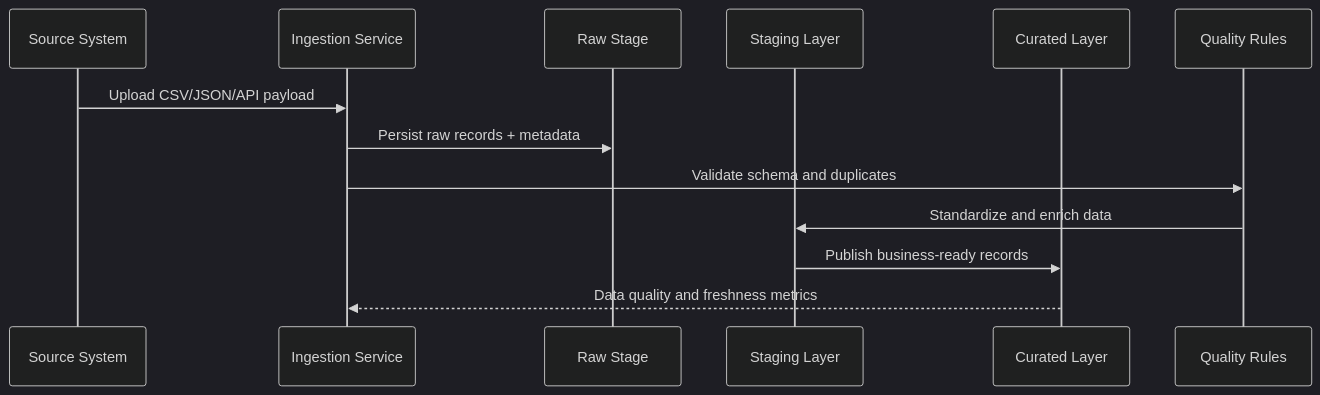
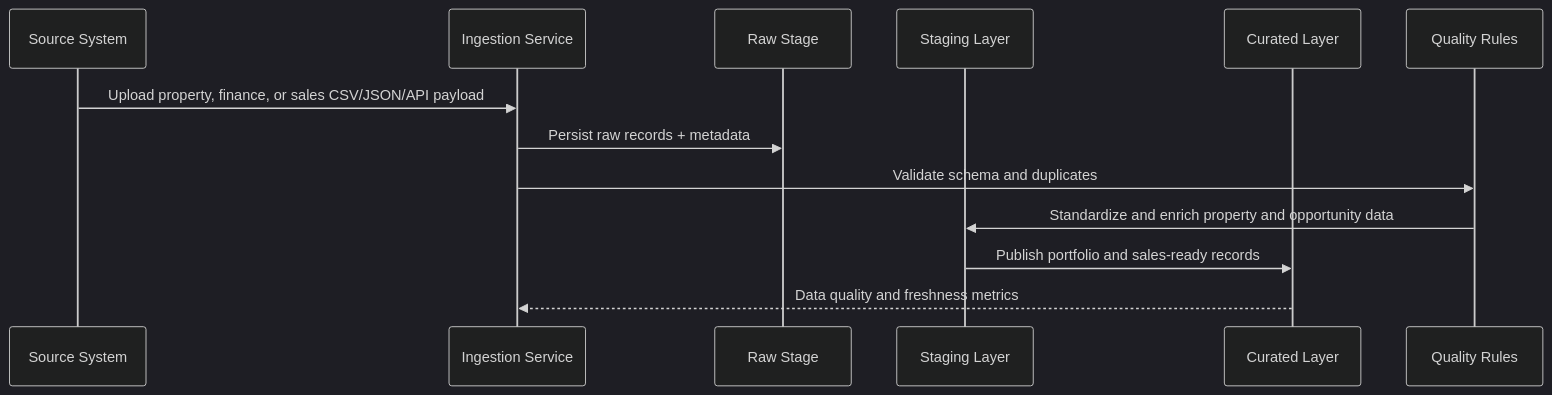
The third of 17 diagrams in README.md (Web8080/enterprise-intelligence-platform), drawn with Mermaid (dark theme) before and after one commit. The commit also changed other lines of this file and 15 other files, not shown here.

````diff
--- a/README.md
+++ b/README.md
@@ -83,16 +94,16 @@
 ```mermaid
 sequenceDiagram
     participant Source as Source System
     participant Ingest as Ingestion Service
     participant Raw as Raw Stage
     participant Staging as Staging Layer
     participant Curated as Curated Layer
     participant Quality as Quality Rules
 
-    Source->>Ingest: Upload CSV/JSON/API payload
+    Source->>Ingest: Upload property, finance, or sales CSV/JSON/API payload
     Ingest->>Raw: Persist raw records + metadata
     Ingest->>Quality: Validate schema and duplicates
-    Quality->>Staging: Standardize and enrich data
-    Staging->>Curated: Publish business-ready records
+    Quality->>Staging: Standardize and enrich property and opportunity data
+    Staging->>Curated: Publish portfolio and sales-ready records
     Curated-->>Ingest: Data quality and freshness metrics
 ```
````
